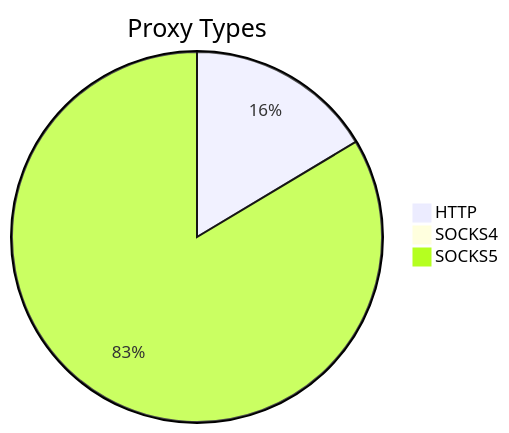
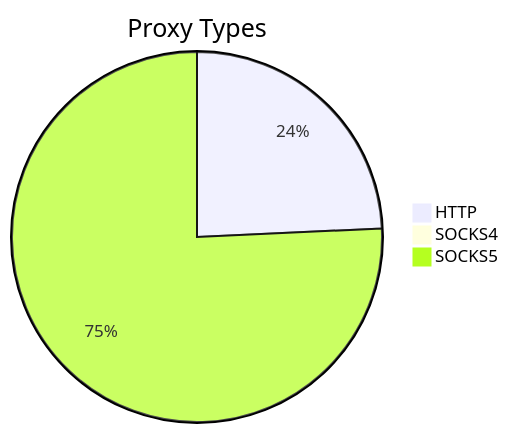
Before and after one commit to stormsia/proxy-list: the first of 2 diagrams in README.md, drawn with Mermaid. The commit also changed other lines of this file, not shown here.

````diff
--- a/README.md
+++ b/README.md
@@ -21,6 +21,6 @@
 ```mermaid
 pie title Proxy Types
-    "HTTP" : 224
-    "SOCKS4" : 12
-    "SOCKS5" : 1141
+    "HTTP" : 149
+    "SOCKS4" : 4
+    "SOCKS5" : 465
 ```
````
